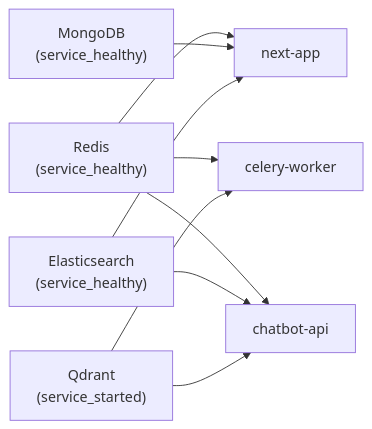
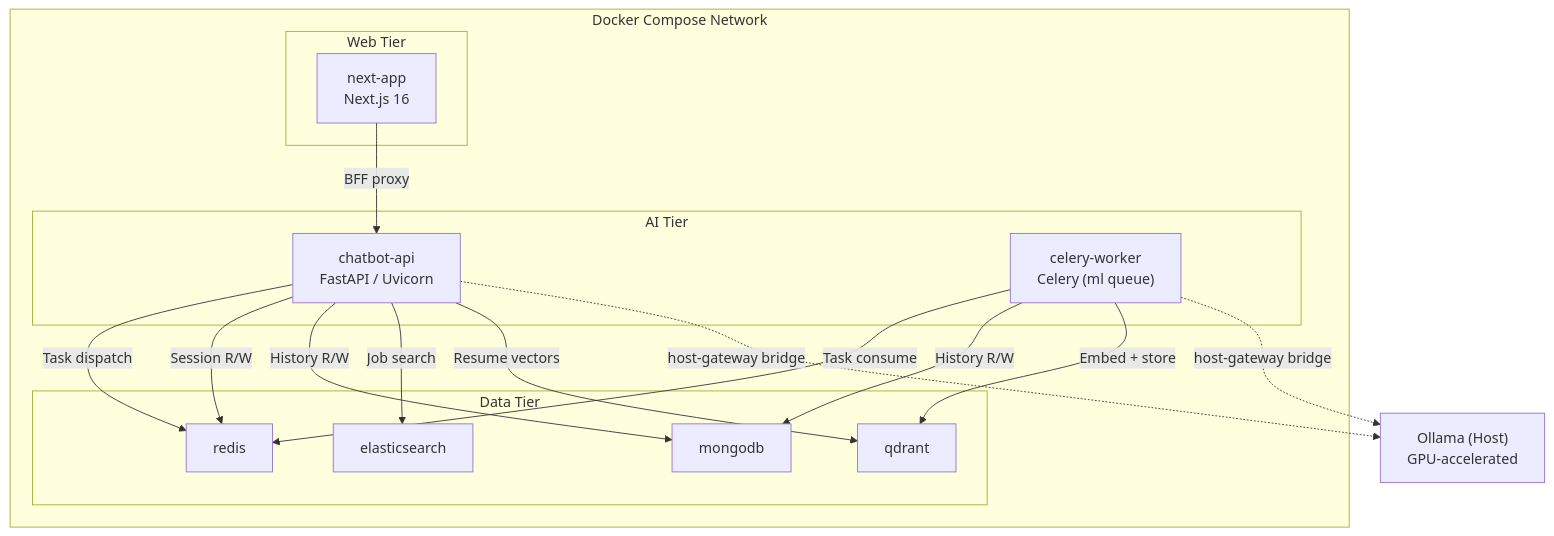
The second of 5 diagrams in chapter_1_thesis_1.md (Vinhnguyen1227/Job-Market-Analytics-Platform), drawn with Mermaid before and after one commit. The commit also changed other lines of this file and 46 other files, not shown here.

````diff
--- a/chapter_1_thesis_1.md
+++ b/chapter_1_thesis_1.md
@@ -99,18 +77,34 @@
 ```mermaid
-flowchart LR
-    REDIS["Redis<br/>(service_healthy)"]
-    MONGO["MongoDB<br/>(service_healthy)"]
-    ES["Elasticsearch<br/>(service_healthy)"]
-    QDRANT["Qdrant<br/>(service_started)"]
+graph TB
+    subgraph "Docker Compose Network"
+        subgraph "Web Tier"
+            NEXT["next-app<br>Next.js 16"]
+        end
 
-    REDIS --> API["chatbot-api"]
-    ES --> API
-    QDRANT --> API
+        subgraph "AI Tier"
+            API["chatbot-api<br>FastAPI / Uvicorn"]
+            CELERY["celery-worker<br>Celery (ml queue)"]
+        end
 
-    REDIS --> NEXT["next-app"]
-    MONGO --> NEXT
-    ES --> NEXT
+        subgraph "Data Tier"
+            REDIS["redis"]
+            MONGO["mongodb"]
+            ES["elasticsearch"]
+            QDRANT["qdrant"]
+        end
+    end
 
-    REDIS --> CELERY["celery-worker"]
-    QDRANT --> CELERY
+    HOST["Ollama (Host)<br>GPU-accelerated"]
+
+    NEXT -->|"BFF proxy"| API
+    API -->|"Task dispatch"| REDIS
+    CELERY -->|"Task consume"| REDIS
+    API -->|"Session R/W"| REDIS
+    API -->|"History R/W"| MONGO
+    CELERY -->|"History R/W"| MONGO
+    API -->|"Job search"| ES
+    API -->|"Resume vectors"| QDRANT
+    CELERY -->|"Embed + store"| QDRANT
+    API -.->|"host-gateway bridge"| HOST
+    CELERY -.->|"host-gateway bridge"| HOST
 ```
````
